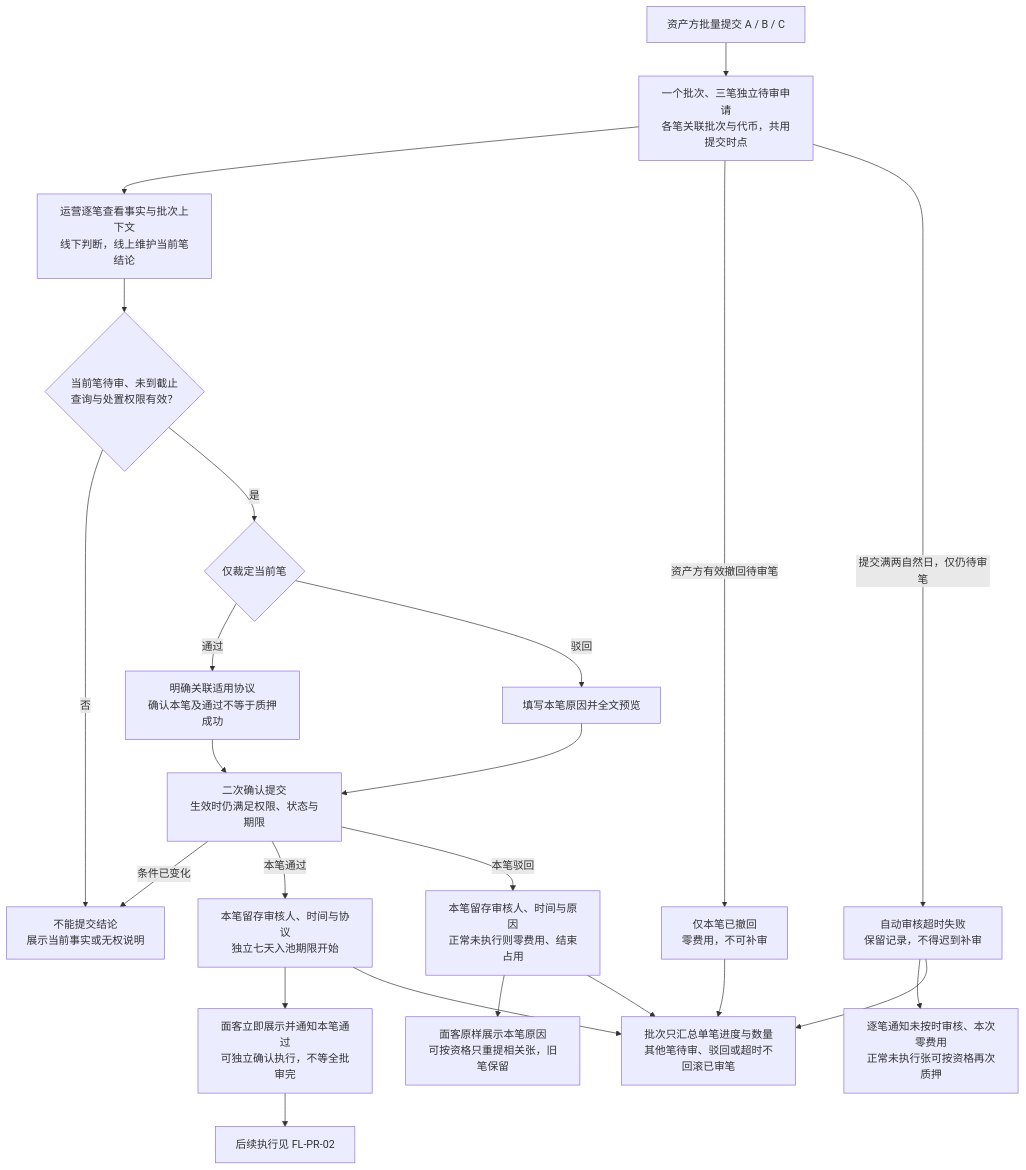
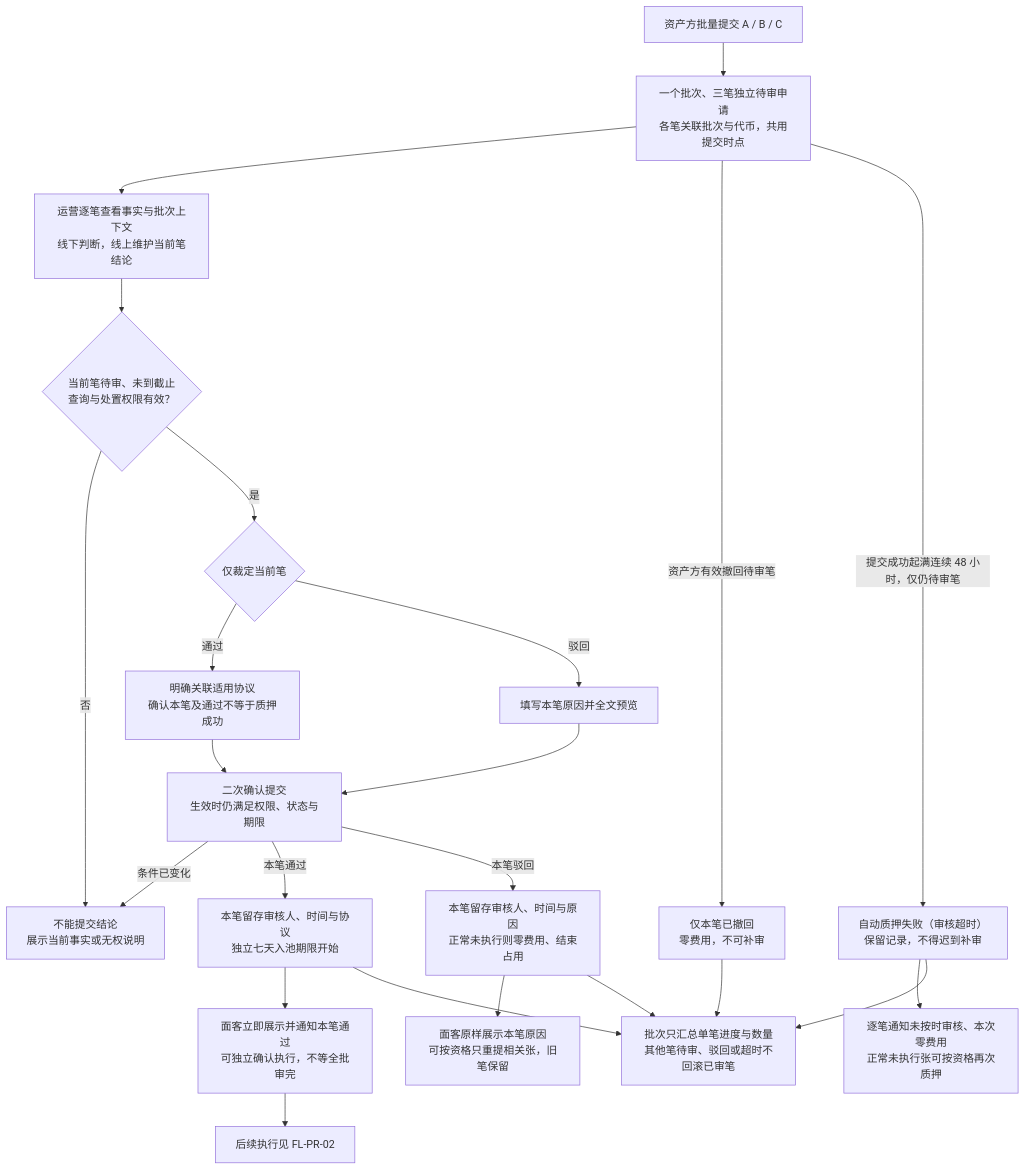
One commit to wxblockchain/Chain-Financing changed the first of 5 diagrams in lending-platform/PRD/v1.0-代币质押审核/v1.0-代币质押审核-流程图与状态机.md. Above: the diagram before and after it, drawn with Mermaid. The commit also changed other lines of this file and 5 other files, not shown here.

````diff
--- a/lending-platform/PRD/v1.0-代币质押审核/v1.0-代币质押审核-流程图与状态机.md
+++ b/lending-platform/PRD/v1.0-代币质押审核/v1.0-代币质押审核-流程图与状态机.md
@@ -20,25 +20,25 @@
 ```mermaid
 flowchart TD
   A["资产方批量提交 A / B / C"] --> B["一个批次、三笔独立待审申请<br/>各笔关联批次与代币，共用提交时点"]
   B --> C["运营逐笔查看事实与批次上下文<br/>线下判断，线上维护当前笔结论"]
   C --> D{"当前笔待审、未到截止<br/>查询与处置权限有效？"}
   D -- "否" --> E["不能提交结论<br/>展示当前事实或无权说明"]
   D -- "是" --> F{"仅裁定当前笔"}
   F -- "通过" --> G["明确关联适用协议<br/>确认本笔及通过不等于质押成功"]
   F -- "驳回" --> H["填写本笔原因并全文预览"]
   G --> I["二次确认提交<br/>生效时仍满足权限、状态与期限"]
   H --> I
   I -- "条件已变化" --> E
   I -- "本笔通过" --> J["本笔留存审核人、时间与协议<br/>独立七天入池期限开始"]
   I -- "本笔驳回" --> K["本笔留存审核人、时间与原因<br/>正常未执行则零费用、结束占用"]
   J --> L["面客立即展示并通知本笔通过<br/>可独立确认执行，不等全批审完"]
   L --> X["后续执行见 FL-PR-02"]
   K --> M["面客原样展示本笔原因<br/>可按资格只重提相关张，旧笔保留"]
   B -- "资产方有效撤回待审笔" --> N["仅本笔已撤回<br/>零费用，不可补审"]
-  B -- "提交满两自然日，仅仍待审笔" --> O["自动审核超时失败<br/>保留记录，不得迟到补审"]
+  B -- "提交成功起满连续 48 小时，仅仍待审笔" --> O["自动质押失败（审核超时）<br/>保留记录，不得迟到补审"]
   O --> P["逐笔通知未按时审核、本次零费用<br/>正常未执行张可按资格再次质押"]
   J --> Q["批次只汇总单笔进度与数量<br/>其他笔待审、驳回或超时不回滚已审笔"]
   K --> Q
   N --> Q
   O --> Q
 ```
````
